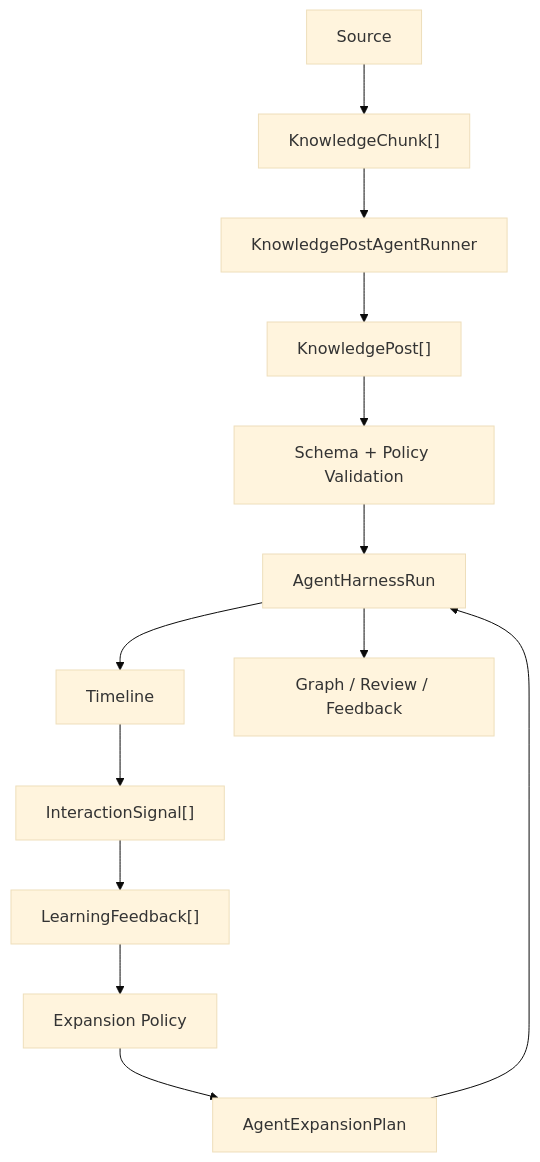
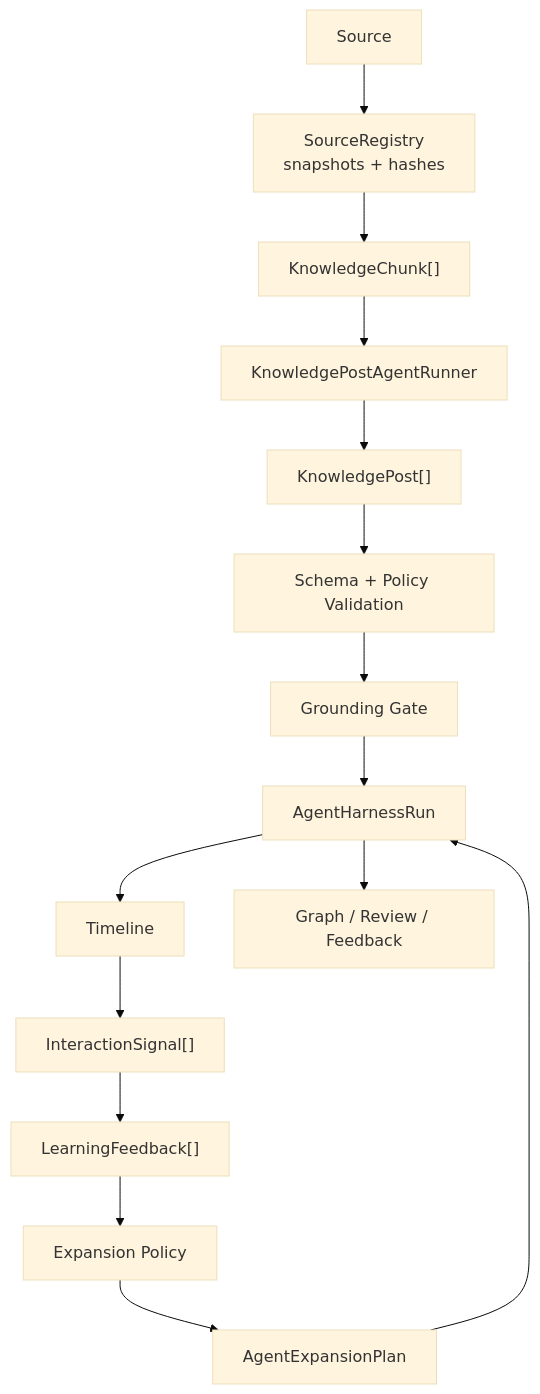
Before and after one commit to MaxGzLi/AItimeline: the diagram in docs/agent-harness.md, drawn with Mermaid (base theme). The commit also changed other lines of this file and 11 other files, not shown here.

Commit message:
Add source registry and grounding gate

````diff
--- a/docs/agent-harness.md
+++ b/docs/agent-harness.md
@@ -39,15 +41,17 @@
 ```mermaid
 flowchart TD
-  Source["Source"] --> Chunks["KnowledgeChunk[]"]
+  Source["Source"] --> Registry["SourceRegistry\nsnapshots + hashes"]
+  Registry --> Chunks["KnowledgeChunk[]"]
   Chunks --> Runner["KnowledgePostAgentRunner"]
   Runner --> Posts["KnowledgePost[]"]
   Posts --> Validator["Schema + Policy Validation"]
-  Validator --> Run["AgentHarnessRun"]
+  Validator --> Grounding["Grounding Gate"]
+  Grounding --> Run["AgentHarnessRun"]
   Run --> Timeline["Timeline"]
   Timeline --> Signals["InteractionSignal[]"]
   Signals --> Feedback["LearningFeedback[]"]
   Feedback --> Expansion["Expansion Policy"]
   Expansion --> Queue["AgentExpansionPlan"]
   Queue --> Run
   Run --> Graph["Graph / Review / Feedback"]
 ```
````
